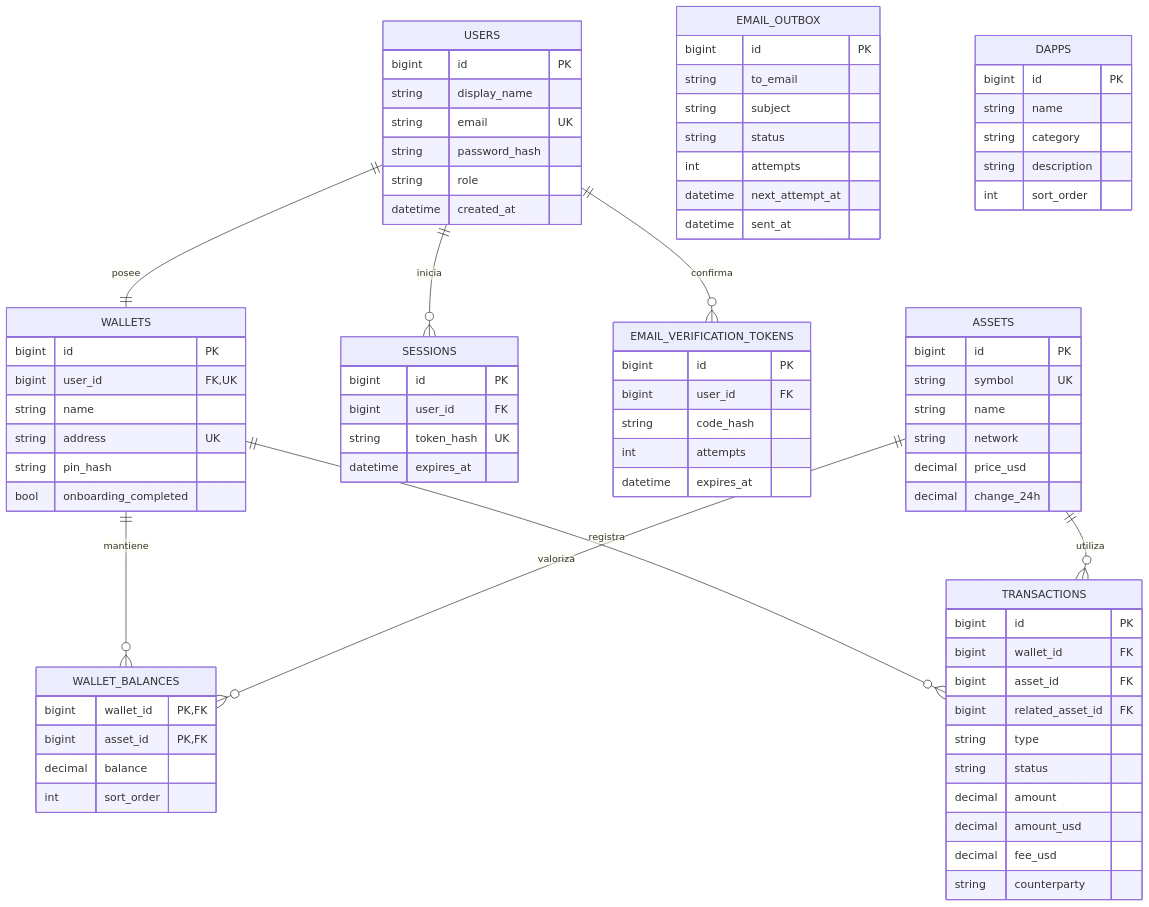
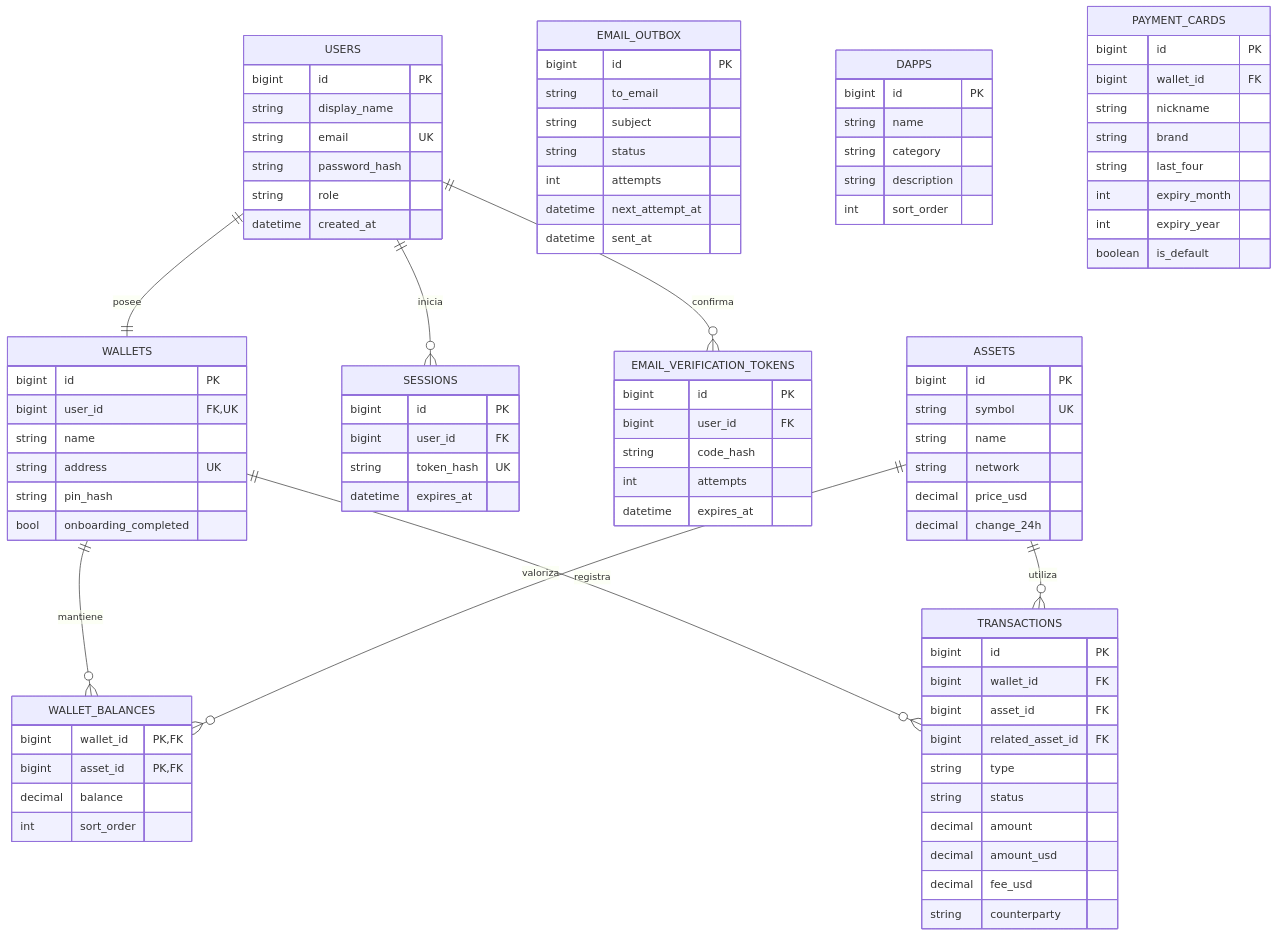
Before and after one commit to Armando-Velasquez/Walled-demo: the fifth of 5 diagrams in docs/PROJECT_GUIDE.md, drawn with Mermaid. The commit also changed other lines of this file and 20 other files, not shown here.

````diff
--- a/docs/PROJECT_GUIDE.md
+++ b/docs/PROJECT_GUIDE.md
@@ -269,4 +270,14 @@
         string description
         int sort_order
     }
+    PAYMENT_CARDS {
+        bigint id PK
+        bigint wallet_id FK
+        string nickname
+        string brand
+        string last_four
+        int expiry_month
+        int expiry_year
+        boolean is_default
+    }
 ```
````
